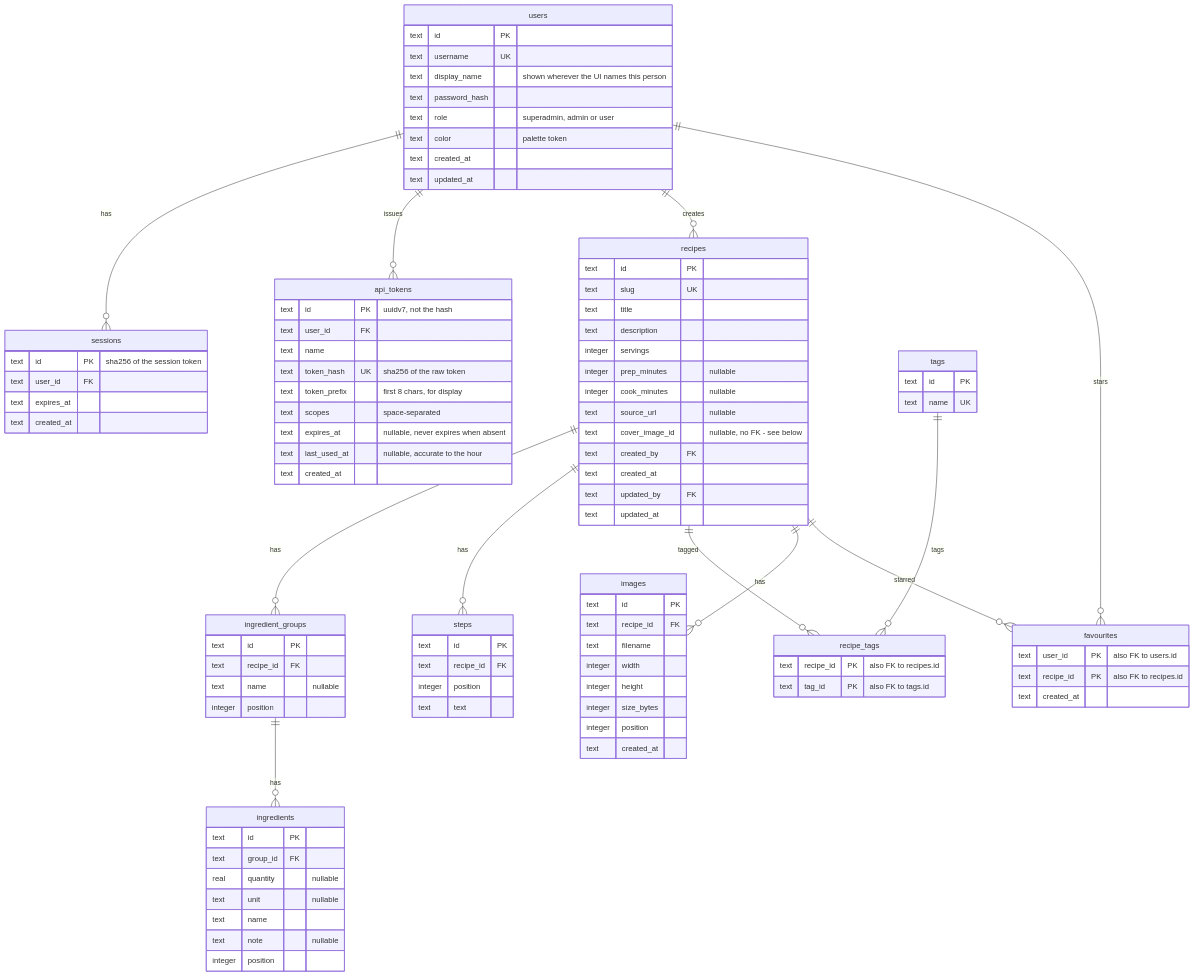
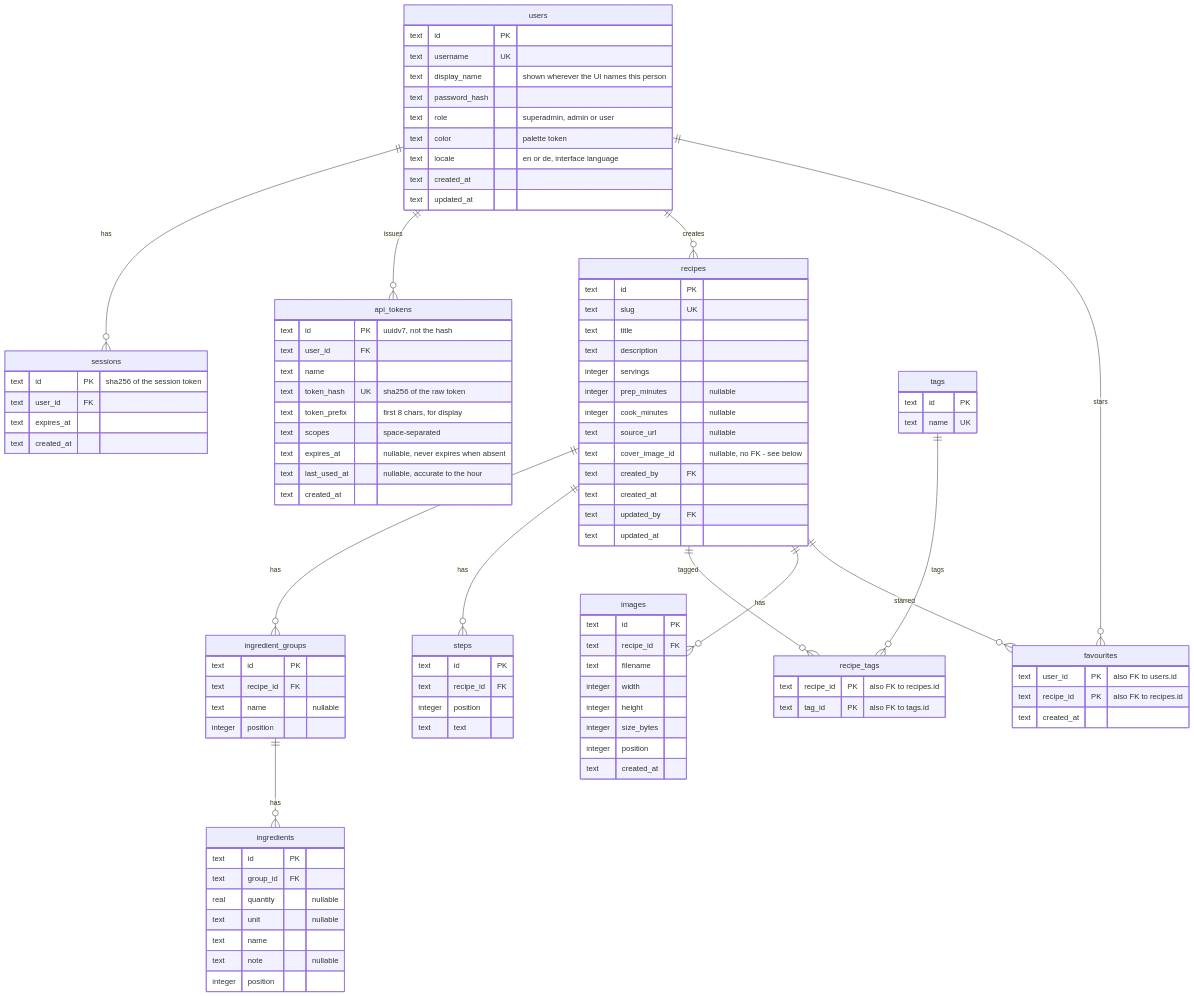
One commit to s-frei/rezepte changed the diagram in docs/memory/content/architecture/data-model.mdx. Above: the diagram before and after it, drawn with Mermaid. The commit also changed other lines of this file and 116 other files, not shown here.

```diff
--- a/docs/memory/content/architecture/data-model.mdx
+++ b/docs/memory/content/architecture/data-model.mdx
@@ -23,6 +23,7 @@
     text password_hash
     text role "superadmin, admin or user"
     text color "palette token"
+    text locale "en or de, interface language"
     text created_at
     text updated_at
   }
```
